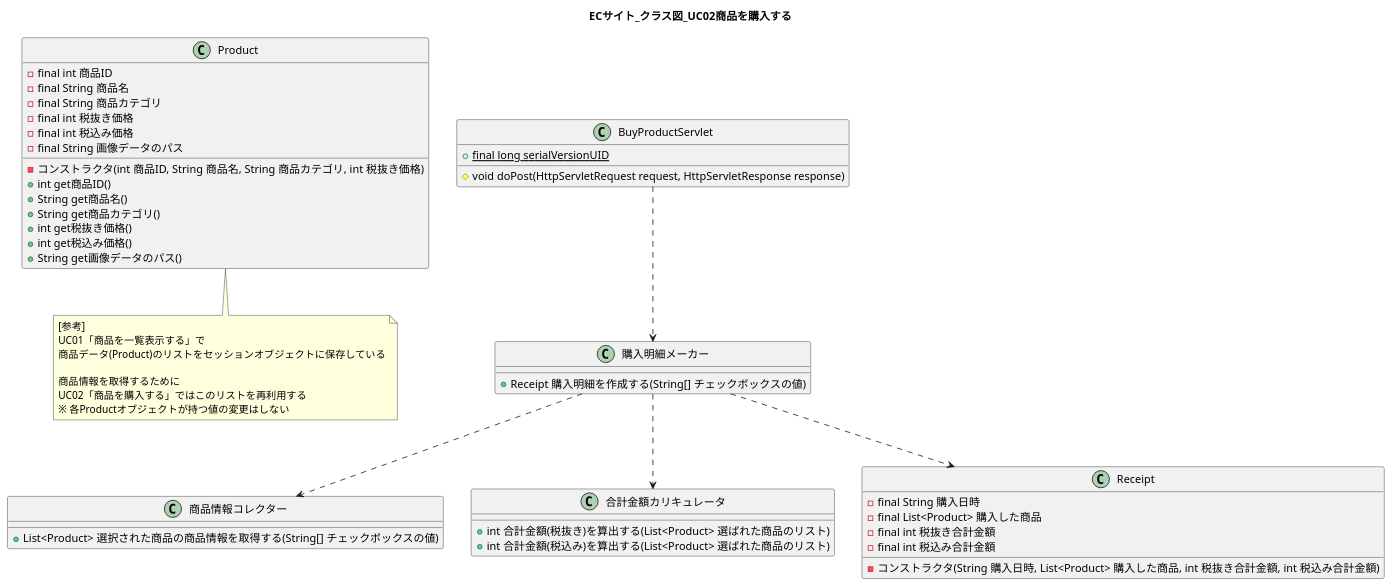
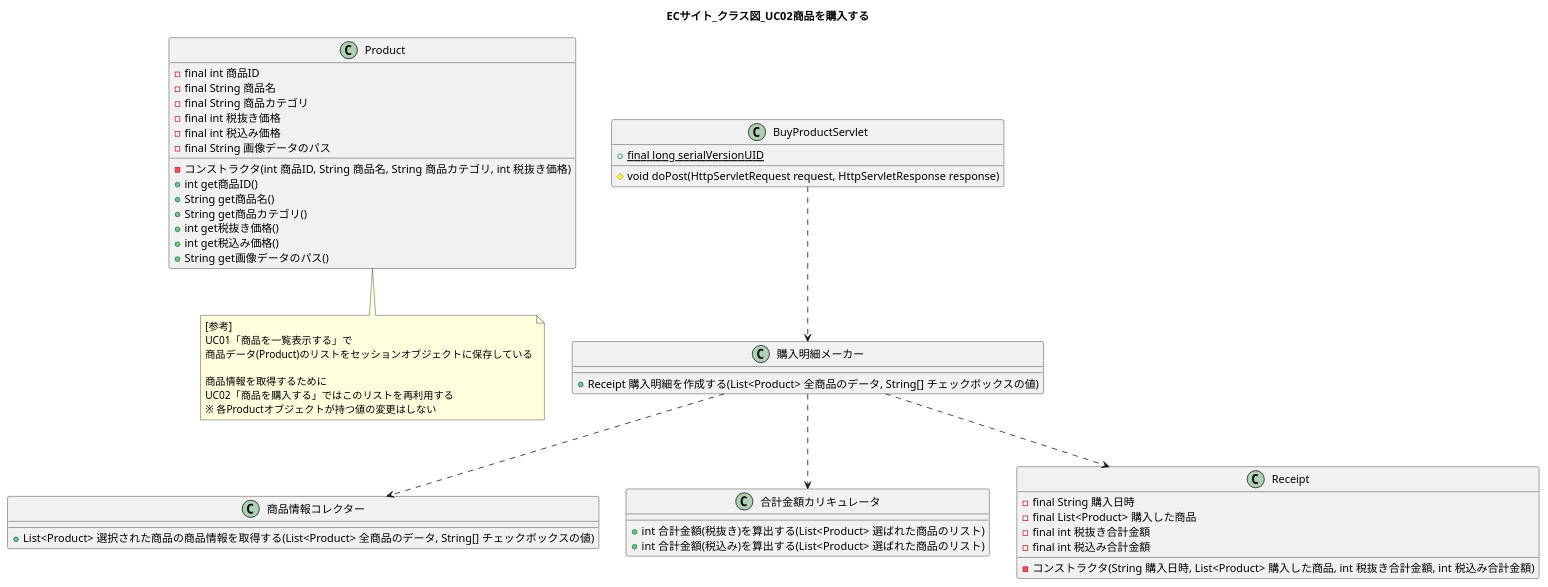
The diagram in UML/ClassDiag02.puml (wnakayama/ojt_ecsite), drawn with PlantUML before and after one commit. The commit also changed 3 other files, not shown here.

```diff
--- a/UML/ClassDiag02.puml
+++ b/UML/ClassDiag02.puml
@@ -1,61 +1,61 @@
 @startuml
 title ECサイト_クラス図_UC02商品を購入する
 
 class Product {
     -final int 商品ID
     -final String 商品名
     -final String 商品カテゴリ
     -final int 税抜き価格
     -final int 税込み価格
     -final String 画像データのパス
     -コンストラクタ(int 商品ID, String 商品名, String 商品カテゴリ, int 税抜き価格)
     +int get商品ID()
     +String get商品名()
     +String get商品カテゴリ()
     +int get税抜き価格()
     +int get税込み価格()
     +String get画像データのパス()
 }
 
 note bottom of Product
 [参考]
 UC01「商品を一覧表示する」で
 商品データ(Product)のリストをセッションオブジェクトに保存している
 
 商品情報を取得するために
 UC02「商品を購入する」ではこのリストを再利用する
 ※ 各Productオブジェクトが持つ値の変更はしない
 end note
 
 
 class BuyProductServlet {
     +{static} final long serialVersionUID
     #void doPost(HttpServletRequest request, HttpServletResponse response)
 }
 
 BuyProductServlet ..> 購入明細メーカー
 class 購入明細メーカー {
-    +Receipt 購入明細を作成する(String[] チェックボックスの値)
+    +Receipt 購入明細を作成する(List<Product> 全商品のデータ, String[] チェックボックスの値)
 }
 
 購入明細メーカー ..> 商品情報コレクター
 class 商品情報コレクター {
-    +List<Product> 選択された商品の商品情報を取得する(String[] チェックボックスの値)
+    +List<Product> 選択された商品の商品情報を取得する(List<Product> 全商品のデータ, String[] チェックボックスの値)
 }
 
 購入明細メーカー ..> 合計金額カリキュレータ 
 class 合計金額カリキュレータ {
     +int 合計金額(税抜き)を算出する(List<Product> 選ばれた商品のリスト)
     +int 合計金額(税込み)を算出する(List<Product> 選ばれた商品のリスト)
 }
 
 購入明細メーカー ..> Receipt
 class Receipt {
     -final String 購入日時
     -final List<Product> 購入した商品
     -final int 税抜き合計金額
     -final int 税込み合計金額
     -コンストラクタ(String 購入日時, List<Product> 購入した商品, int 税抜き合計金額, int 税込み合計金額)
 }
 
 @enduml
```
